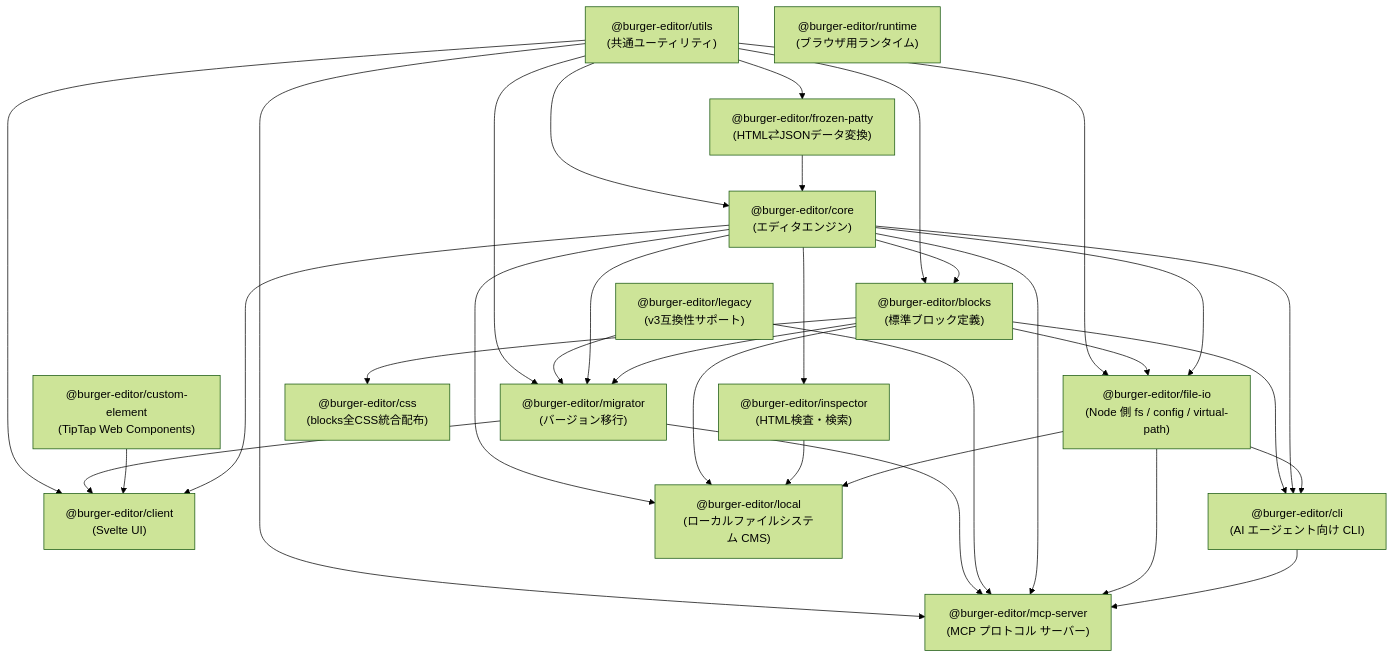
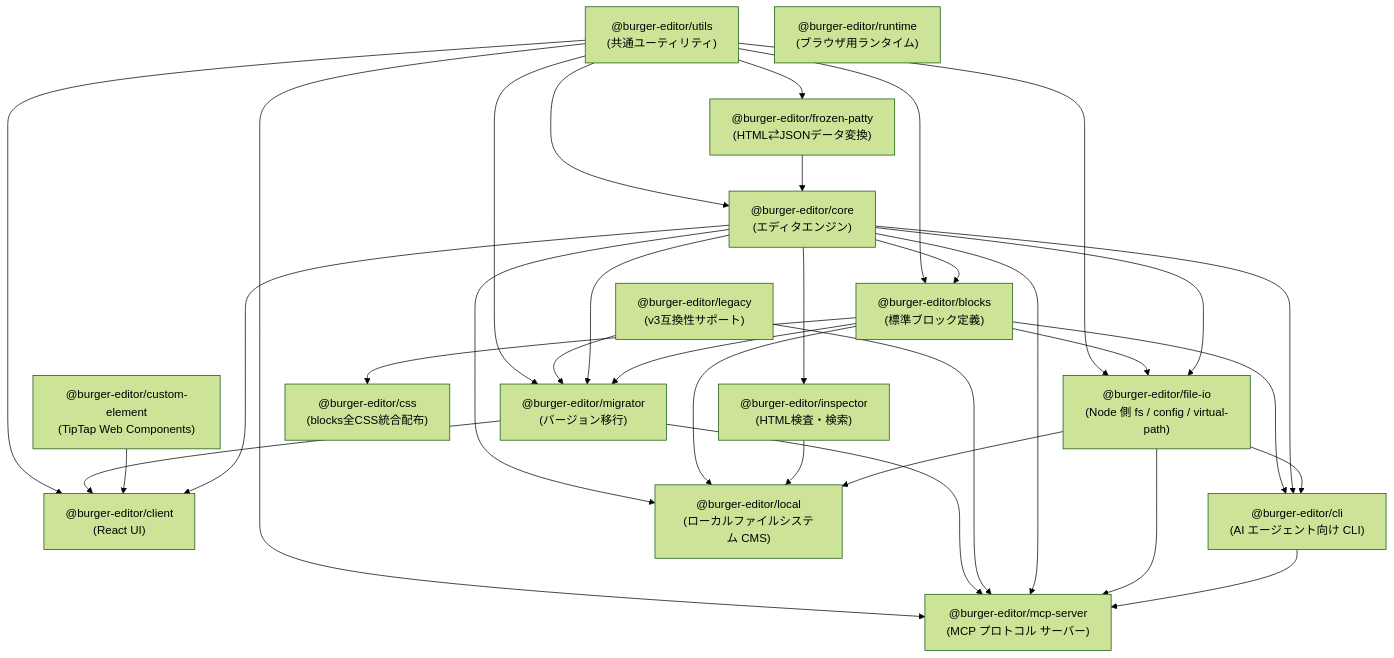
The diagram in ARCHITECTURE.md (d-zero-dev/BurgerEditor), drawn with Mermaid (forest theme) before and after one commit. The commit also changed other lines of this file and 4 other files, not shown here.

First line of the commit message:
docs: rewrite UI architecture docs for the React overhaul

````diff
--- a/ARCHITECTURE.md
+++ b/ARCHITECTURE.md
@@ -9,73 +9,73 @@
 ```mermaid
 graph TD
     utils["@burger-editor/utils<br/>(共通ユーティリティ)"]
     frozen["@burger-editor/frozen-patty<br/>(HTML⇄JSONデータ変換)"]
     core["@burger-editor/core<br/>(エディタエンジン)"]
     blocks["@burger-editor/blocks<br/>(標準ブロック定義)"]
-    client["@burger-editor/client<br/>(Svelte UI)"]
+    client["@burger-editor/client<br/>(React UI)"]
     custom["@burger-editor/custom-element<br/>(TipTap Web Components)"]
     migrator["@burger-editor/migrator<br/>(バージョン移行)"]
     inspector["@burger-editor/inspector<br/>(HTML検査・検索)"]
     fileio["@burger-editor/file-io<br/>(Node 側 fs / config / virtual-path)"]
     cli["@burger-editor/cli<br/>(AI エージェント向け CLI)"]
     local["@burger-editor/local<br/>(ローカルファイルシステム CMS)"]
     mcp["@burger-editor/mcp-server<br/>(MCP プロトコル サーバー)"]
     legacy["@burger-editor/legacy<br/>(v3互換性サポート)"]
     css["@burger-editor/css<br/>(blocks全CSS統合配布)"]
     runtime["@burger-editor/runtime<br/>(ブラウザ用ランタイム)"]
 
     %% Core dependencies
     utils --> frozen
     frozen --> core
     utils --> core
 
     %% Block dependencies
     core --> blocks
     utils --> blocks
 
     %% CSS distribution
     blocks --> css
 
     %% Client dependencies
     core --> client
     custom --> client
     migrator --> client
     utils --> client
 
     %% Migrator dependencies
     blocks --> migrator
     core --> migrator
     legacy --> migrator
     utils --> migrator
 
     %% Inspector dependencies
     core --> inspector
 
     %% File-IO (Node 側集約)
     core --> fileio
     blocks --> fileio
     utils --> fileio
 
     %% Local dependencies (file-io 経由で fs を扱うようリファクタ済み)
     fileio --> local
     inspector --> local
     blocks --> local
     core --> local
 
     %% CLI (AI エージェント向け)
     fileio --> cli
     core --> cli
     blocks --> cli
 
     %% MCP Server (v3 互換 + v4 ツールは CLI 経由)
     cli --> mcp
     fileio --> mcp
     core --> mcp
     legacy --> mcp
     migrator --> mcp
     utils --> mcp
 
     %% Independent packages
     legacy
     runtime
 ```
````
